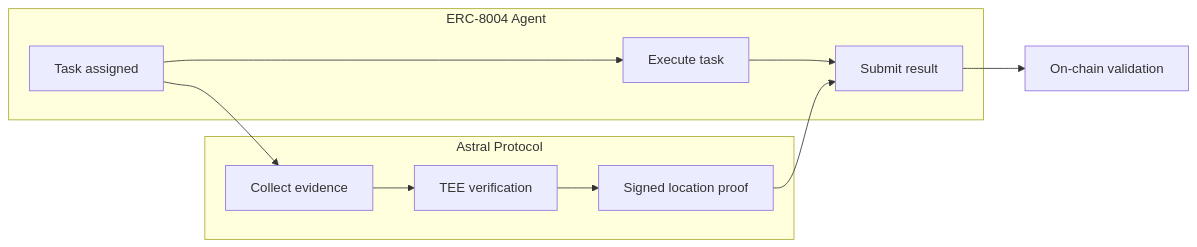
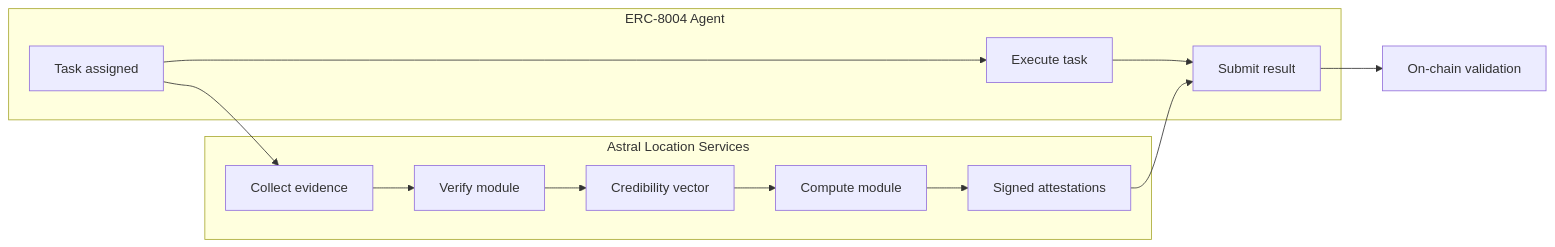
Before and after one commit to AstralProtocol/mintlify-docs: the diagram in integrations/erc-8004.mdx, drawn with Mermaid. The commit also changed other lines of this file and 1 other file, not shown here.

First line of the commit message:
docs: rewrite ERC-8004 page with accurate architecture

````diff
--- a/integrations/erc-8004.mdx
+++ b/integrations/erc-8004.mdx
@@ -28,16 +35,18 @@
 ```mermaid
 graph LR
     subgraph ERC8004["ERC-8004 Agent"]
         T[Task assigned] --> E[Execute task]
         E --> S[Submit result]
     end
 
-    subgraph Astral["Astral Protocol"]
-        C[Collect evidence] --> V[TEE verification]
-        V --> P[Signed location proof]
+    subgraph Astral["Astral Location Services"]
+        C[Collect evidence] --> V[Verify module]
+        V --> CR[Credibility vector]
+        CR --> CO[Compute module]
+        CO --> A[Signed attestations]
     end
 
     T --> C
-    P --> S
+    A --> S
     S --> Val[On-chain validation]
 ```
````
